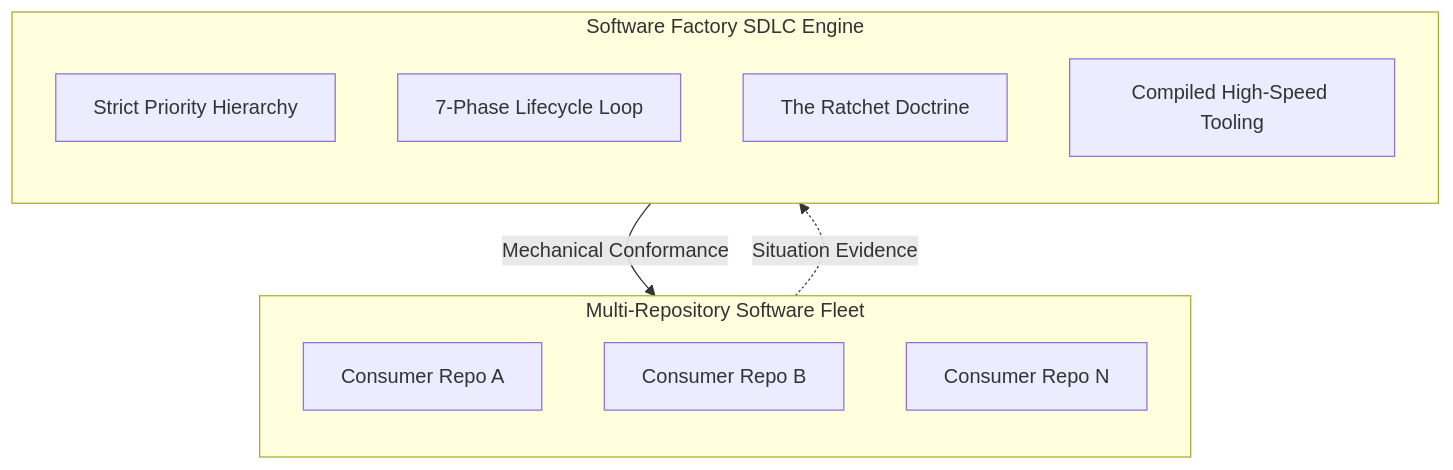
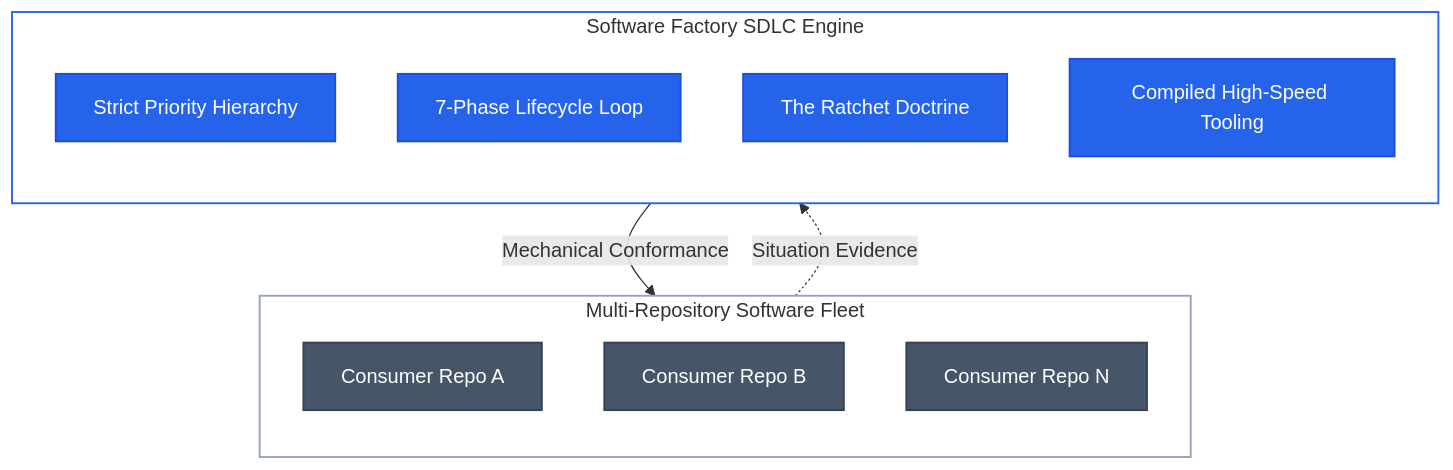
Before and after one commit to acje/acje.github.io: the first of 6 diagrams in content/projects/sf-sdlc/index.md, drawn with Mermaid. The commit also changed other lines of this file and 2 other files, not shown here.

Commit message:
Modernize and unify Mermaid diagram color schemes across project presentations

````diff
--- a/content/projects/sf-sdlc/index.md
+++ b/content/projects/sf-sdlc/index.md
@@ -14,20 +14,29 @@
 ```mermaid
 flowchart TD
     subgraph Fleet [Multi-Repository Software Fleet]
         direction TB
         R1[Consumer Repo A]
         R2[Consumer Repo B]
         RN[Consumer Repo N]
     end
 
     subgraph SDLC [Software Factory SDLC Engine]
         direction TB
         PRIO[Strict Priority Hierarchy]
         CYCLE[7-Phase Lifecycle Loop]
         RATCHET[The Ratchet Doctrine]
         TOOLS[Compiled High-Speed Tooling]
     end
 
     SDLC -->|Mechanical Conformance| Fleet
     Fleet -.->|Situation Evidence| SDLC
+
+    classDef blue fill:#2563eb,stroke:#1d4ed8,stroke-width:1.5px,color:#ffffff
+    classDef slate fill:#475569,stroke:#334155,stroke-width:1.5px,color:#ffffff
+
+    class R1,R2,RN slate
+    class PRIO,CYCLE,RATCHET,TOOLS blue
+
+    style Fleet fill:transparent,stroke:#94a3b8,stroke-width:1.5px
+    style SDLC fill:transparent,stroke:#2563eb,stroke-width:1.5px
 ```
````
